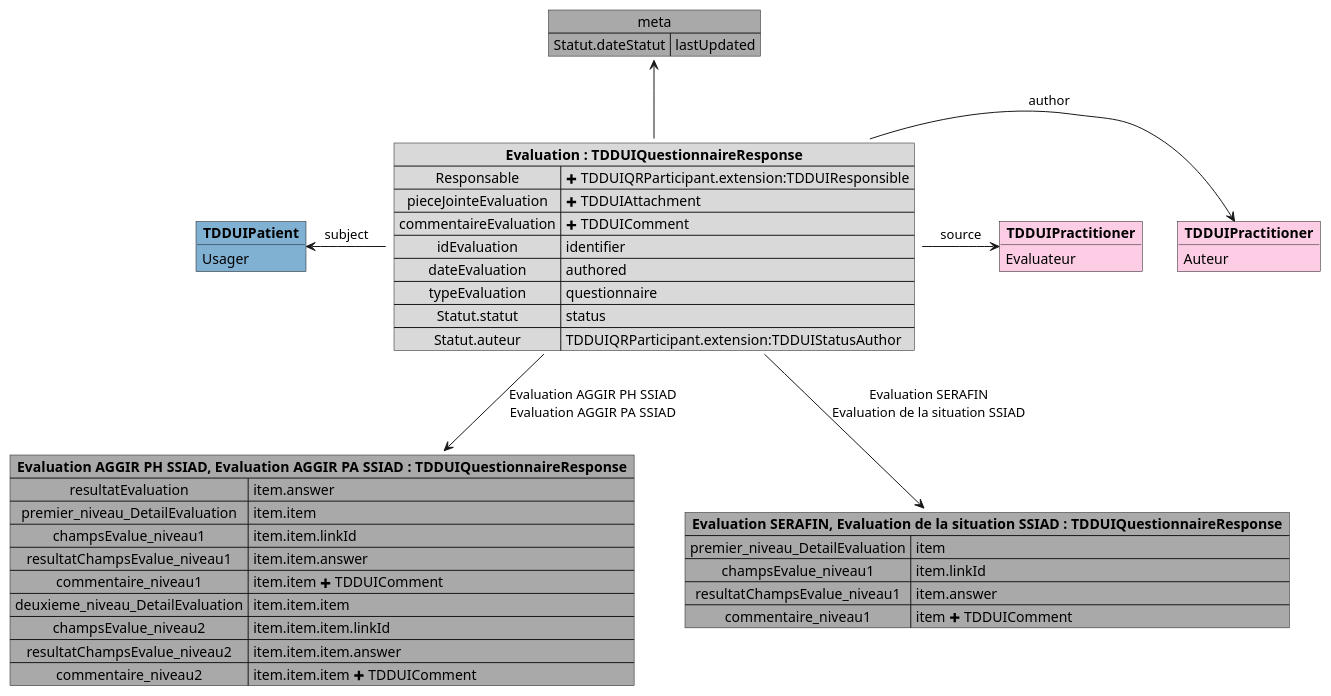
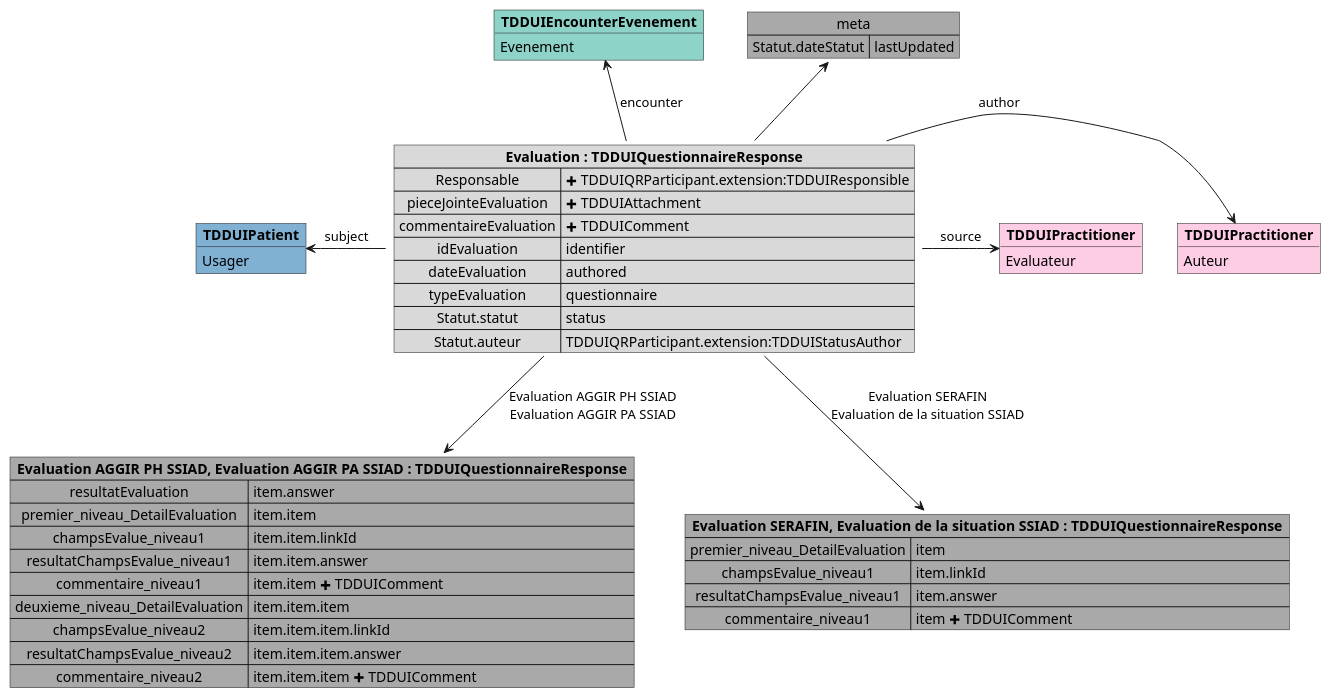
One commit to ansforge/IG-fhir-medicosocial-transfert-donnees-dui changed the diagram in input/images-source/mapping_TDDUIQuestionnaireResponse.plantuml. Above: the diagram before and after it, drawn with PlantUML. The commit also changed 1 other file, not shown here.

```diff
--- a/input/images-source/mapping_TDDUIQuestionnaireResponse.plantuml
+++ b/input/images-source/mapping_TDDUIQuestionnaireResponse.plantuml
@@ -1,57 +1,62 @@
 @startuml
 
 map "**Evaluation AGGIR PH SSIAD, Evaluation AGGIR PA SSIAD : TDDUIQuestionnaireResponse**" as aggir #DarkGray {
     resultatEvaluation => item.answer
     premier_niveau_DetailEvaluation => item.item
     champsEvalue_niveau1 => item.item.linkId
     resultatChampsEvalue_niveau1 => item.item.answer
     commentaire_niveau1 => item.item <&plus> TDDUIComment
     deuxieme_niveau_DetailEvaluation => item.item.item
     champsEvalue_niveau2 => item.item.item.linkId
     resultatChampsEvalue_niveau2 => item.item.item.answer
     commentaire_niveau2 => item.item.item <&plus> TDDUIComment
 }
 
 map "**Evaluation SERAFIN, Evaluation de la situation SSIAD : TDDUIQuestionnaireResponse**" as autre #DarkGray {
     premier_niveau_DetailEvaluation => item
     champsEvalue_niveau1 => item.linkId
     resultatChampsEvalue_niveau1 => item.answer
     commentaire_niveau1 => item <&plus> TDDUIComment
+}
+
+object "**TDDUIEncounterEvenement**" as TDDUIEncounterEvenement #8dd3c7 {
+    Evenement
 }
 
 map "meta" as meta #DarkGray {
     Statut.dateStatut => lastUpdated
 }
 
 object "**TDDUIPatient**" as TDDUIPatient_subject #80b1d3 {
     Usager
 }
 
 object "**TDDUIPractitioner**" as TDDUIPractitioner_author #fccde5 {
     Auteur
 }
 
 object "**TDDUIPractitioner**" as TDDUIPractitioner_source #fccde5 {
     Evaluateur
 }
 
 map "**Evaluation : TDDUIQuestionnaireResponse**" as Evaluation #d9d9d9 {
     Responsable => <&plus> TDDUIQRParticipant.extension:TDDUIResponsible
     pieceJointeEvaluation => <&plus> TDDUIAttachment
     commentaireEvaluation => <&plus> TDDUIComment
     idEvaluation => identifier
     dateEvaluation => authored
     typeEvaluation => questionnaire
     Statut.statut  => status
     Statut.auteur => TDDUIQRParticipant.extension:TDDUIStatusAuthor
 }
 
 Evaluation -u-> meta
 Evaluation --> aggir : Evaluation AGGIR PH SSIAD\nEvaluation AGGIR PA SSIAD
 Evaluation --> autre : Evaluation SERAFIN\nEvaluation de la situation SSIAD
 
 Evaluation -l-> TDDUIPatient_subject : subject
 Evaluation -r-> TDDUIPractitioner_author : author
 Evaluation -r-> TDDUIPractitioner_source : source
+ Evaluation -u-> TDDUIEncounterEvenement : encounter
 
 @enduml
```
